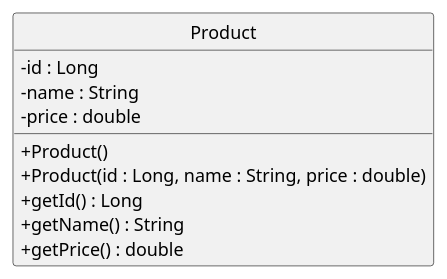
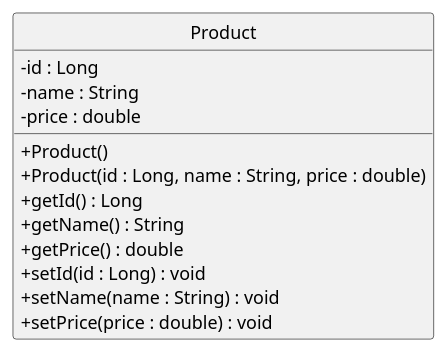
The diagram in docs/uml/Product.puml (noscope12345123-wq/products-api), drawn with PlantUML before and after one commit. The commit also changed 3 other files, not shown here.

Commit message:
Tutorial 3: UML updated — Product setters, ProductController -> ProductService -> Product

```diff
--- a/docs/uml/Product.puml
+++ b/docs/uml/Product.puml
@@ -1,15 +1,18 @@
 @startuml Product
 skinparam classAttributeIconSize 0
 hide circle
 
 class Product {
   - id : Long
   - name : String
   - price : double
   + Product()
   + Product(id : Long, name : String, price : double)
   + getId() : Long
   + getName() : String
   + getPrice() : double
+  + setId(id : Long) : void
+  + setName(name : String) : void
+  + setPrice(price : double) : void
 }
 @enduml
```
